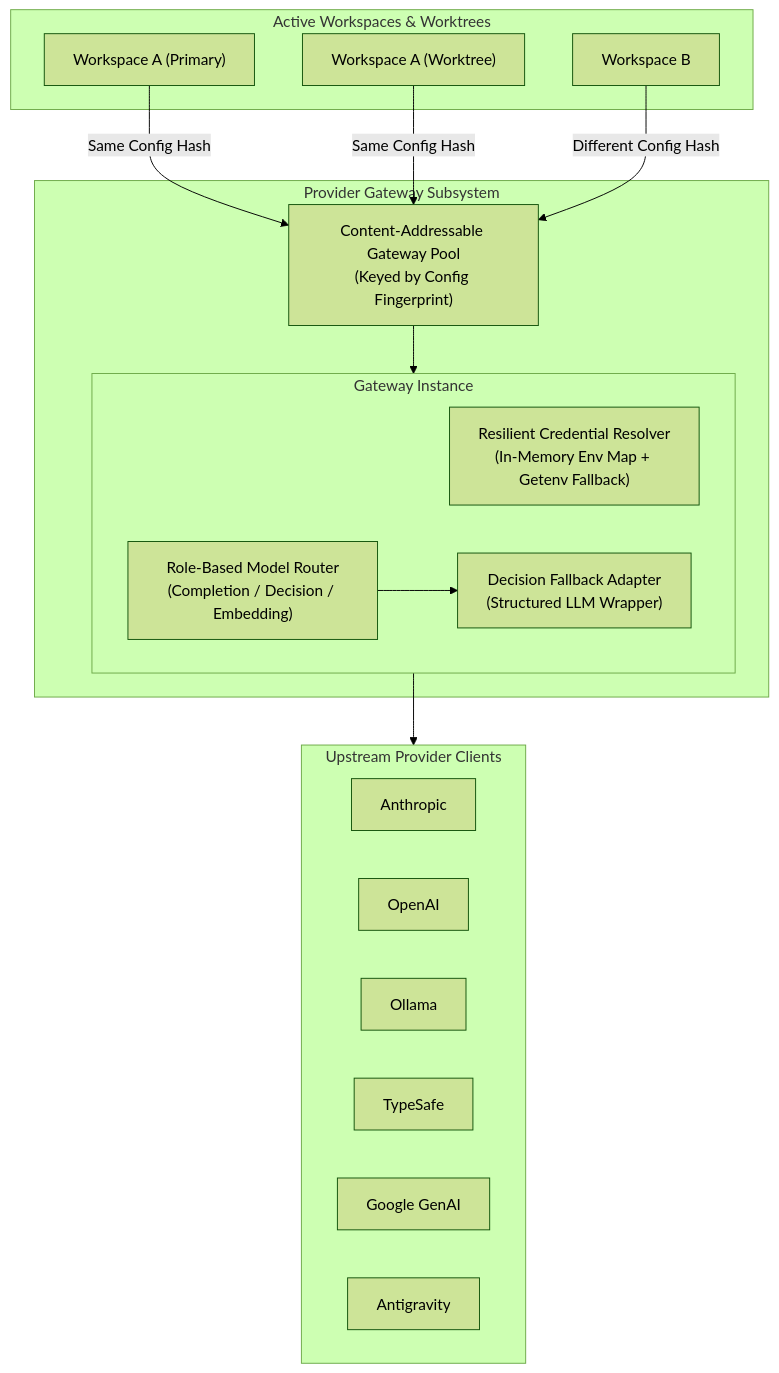
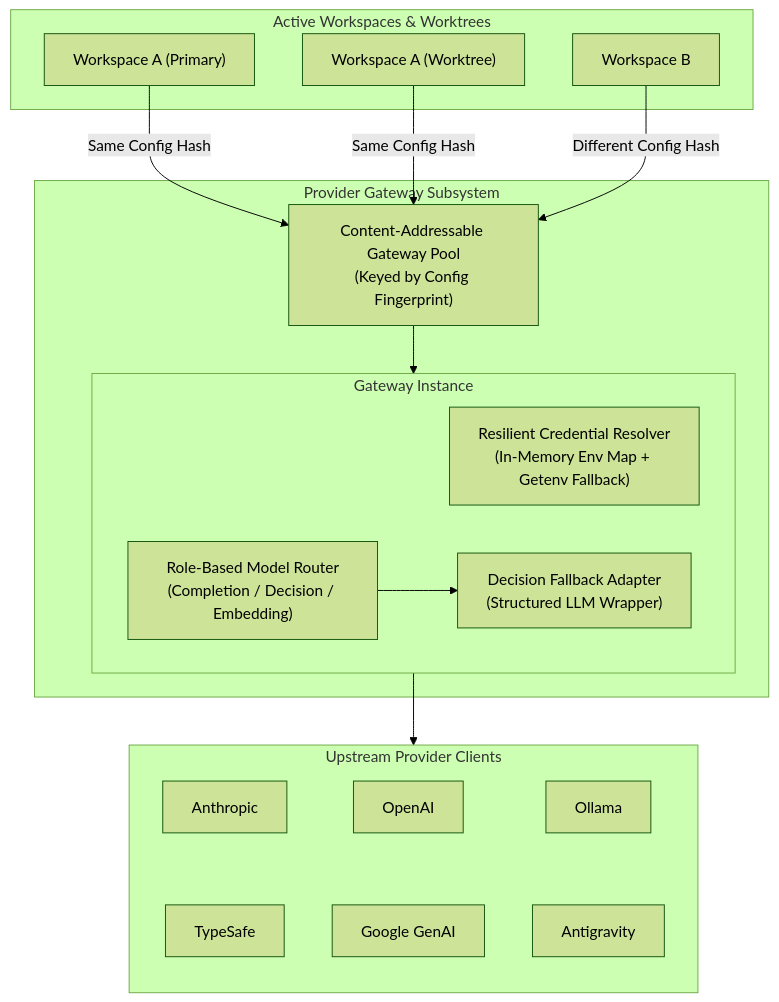
The diagram in docs/architecture/gateway.md (masterkeysrd/tasksmith), drawn with Mermaid (forest theme) before and after one commit. The commit also changed 18 other files, not shown here.

````diff
--- a/docs/architecture/gateway.md
+++ b/docs/architecture/gateway.md
@@ -9,34 +9,39 @@
 ```mermaid
 flowchart TD
     subgraph Workspaces ["Active Workspaces & Worktrees"]
         WS1["Workspace A (Primary)"]
         WS2["Workspace A (Worktree)"]
         WS3["Workspace B"]
     end
 
     subgraph GatewaySubsystem ["Provider Gateway Subsystem"]
         Pool["Content-Addressable Gateway Pool\n(Keyed by Config Fingerprint)"]
         
         subgraph GatewayInstance ["Gateway Instance"]
             Auth["Resilient Credential Resolver\n(In-Memory Env Map + Getenv Fallback)"]
             Router["Role-Based Model Router\n(Completion / Decision / Embedding)"]
             Adapter["Decision Fallback Adapter\n(Structured LLM Wrapper)"]
         end
 
         Pool --> GatewayInstance
         Router --> Adapter
     end
 
     subgraph Providers ["Upstream Provider Clients"]
+        direction TB
         Anthropic["Anthropic"]
         OpenAI["OpenAI"]
         Ollama["Ollama"]
         TypeSafe["TypeSafe"]
         GenAI["Google GenAI"]
         Antigravity["Antigravity"]
+
+        Anthropic ~~~ TypeSafe
+        OpenAI ~~~ GenAI
+        Ollama ~~~ Antigravity
     end
 
     WS1 & WS2 -->|Same Config Hash| Pool
     WS3 -->|Different Config Hash| Pool
     GatewayInstance --> Providers
 ```
````
